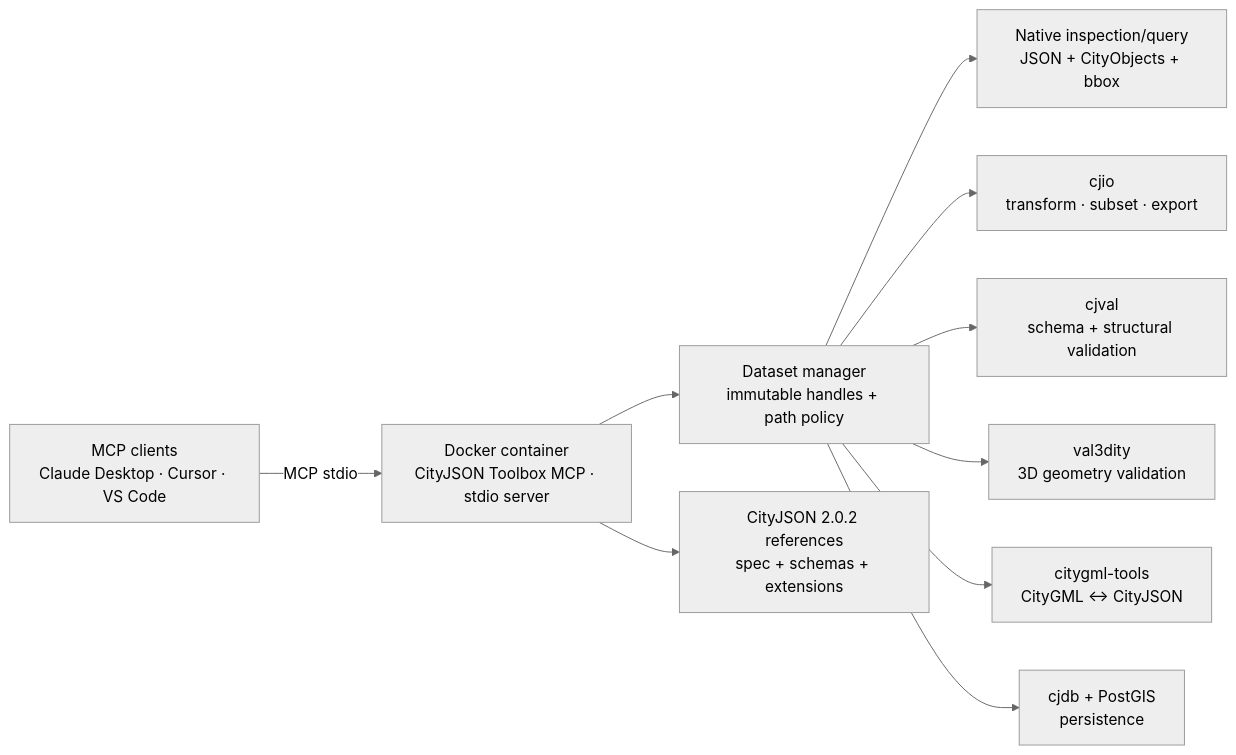
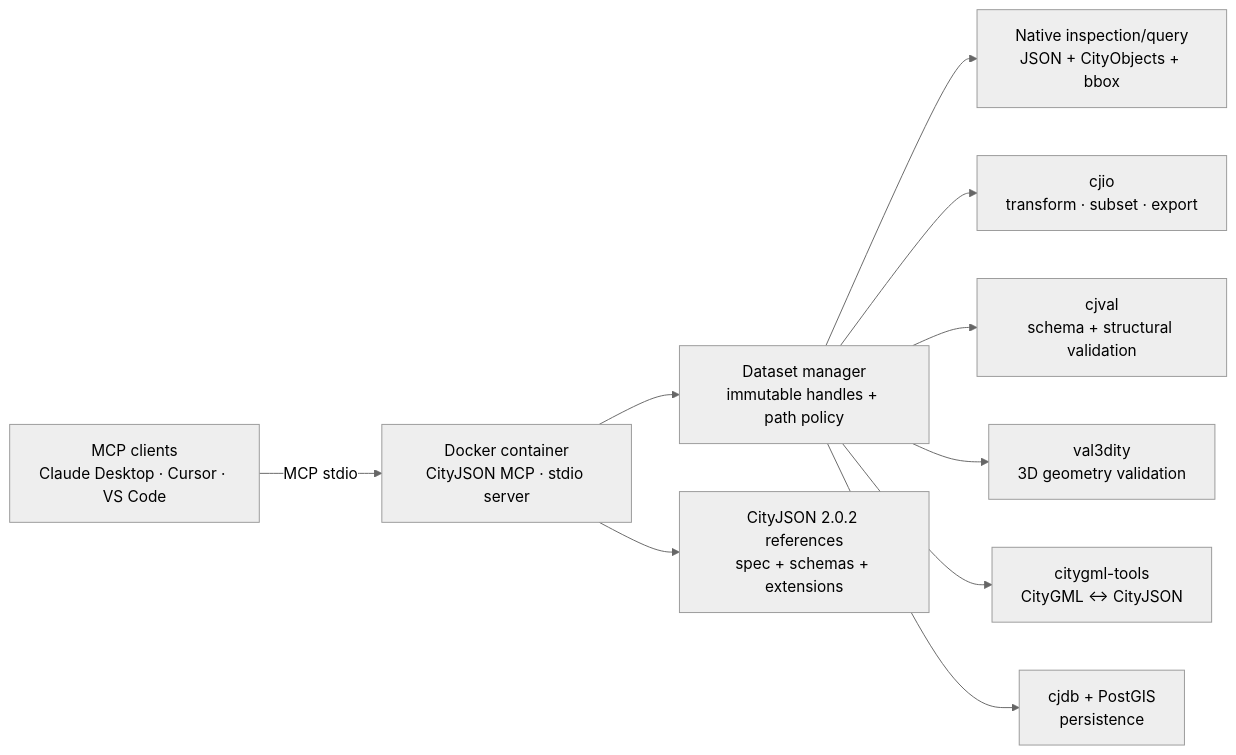
The diagram in diagrams/architecture.mmd (Yarroudh/cityjson-mcp), drawn with Mermaid (neutral theme) before and after one commit. The commit also changed 13 other files, not shown here.

```diff
--- a/diagrams/architecture.mmd
+++ b/diagrams/architecture.mmd
@@ -1,21 +1,21 @@
 flowchart LR
   CLIENT["MCP clients<br/>Claude Desktop · Cursor · VS Code"]
-  SERVER["Docker container<br/>CityJSON Toolbox MCP · stdio server"]
+  SERVER["Docker container<br/>CityJSON MCP · stdio server"]
   CORE["Dataset manager<br/>immutable handles + path policy"]
   NATIVE["Native inspection/query<br/>JSON + CityObjects + bbox"]
   CJIO["cjio<br/>transform · subset · export"]
   CJVAL["cjval<br/>schema + structural validation"]
   VAL3["val3dity<br/>3D geometry validation"]
   CGML["citygml-tools<br/>CityGML ↔ CityJSON"]
   CJDB["cjdb + PostGIS<br/>persistence"]
   KNOW["CityJSON 2.0.2 references<br/>spec + schemas + extensions"]
 
   CLIENT -->|MCP stdio| SERVER
   SERVER --> CORE
   CORE --> NATIVE
   CORE --> CJIO
   CORE --> CJVAL
   CORE --> VAL3
   CORE --> CGML
   CORE --> CJDB
   SERVER --> KNOW
```
